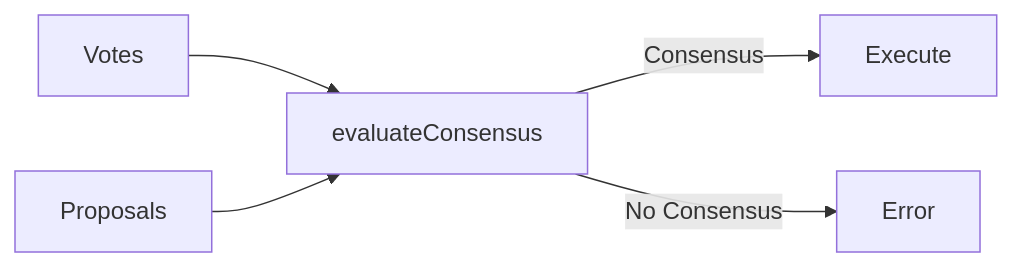
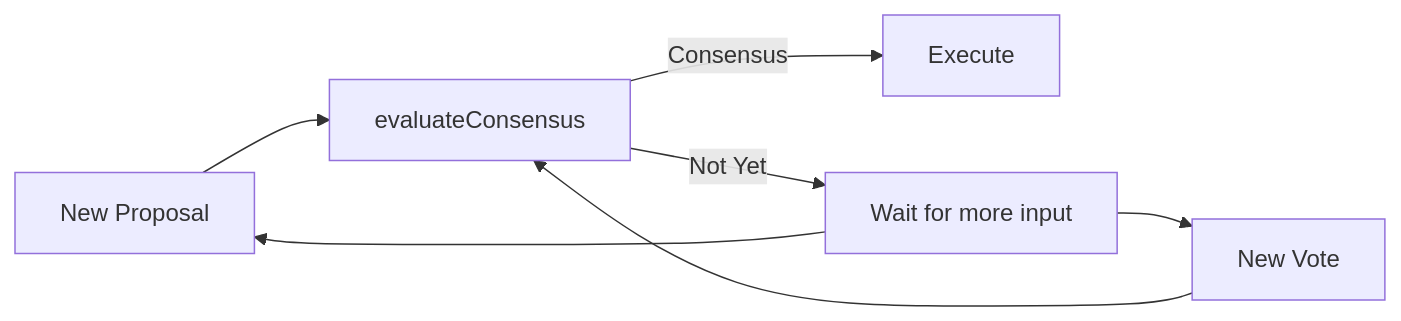
Before and after one commit to eloquentanalytics/dialai: the diagram in website/docs/concepts/arbitration.md, drawn with Mermaid. The commit also changed other lines of this file and 2 other files, not shown here.

First line of the commit message:
Clarify that consensus evaluation is continuous, not one-time

````diff
--- a/website/docs/concepts/arbitration.md
+++ b/website/docs/concepts/arbitration.md
@@ -13,7 +13,9 @@
 ```mermaid
 graph LR
-    V[Votes] --> A[evaluateConsensus]
-    P[Proposals] --> A
+    P[New Proposal] --> A[evaluateConsensus]
+    V[New Vote] --> A
     A --> |Consensus| E[Execute]
-    A --> |No Consensus| F[Error]
+    A --> |Not Yet| W[Wait for more input]
+    W --> P
+    W --> V
 ```
````
